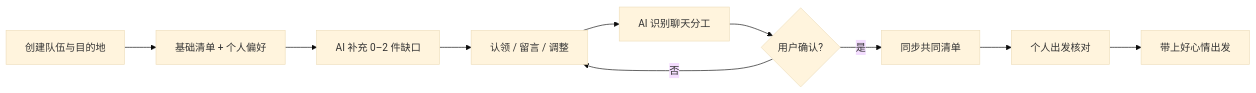
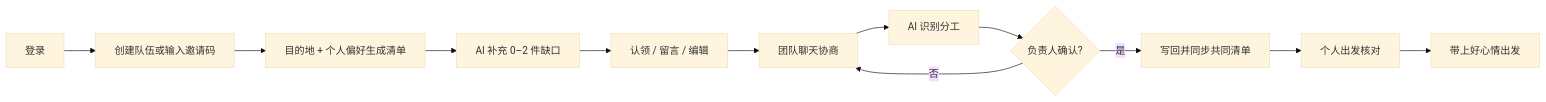
The first of 2 diagrams in README.md (candy-zy/daiqi-ai-packlist), drawn with Mermaid (base theme) before and after one commit. The commit also changed other lines of this file, not shown here.

````diff
--- a/README.md
+++ b/README.md
@@ -75,12 +103,14 @@
 ```mermaid
 flowchart LR
-  A[创建队伍与目的地] --> B[基础清单 + 个人偏好]
-  B --> C[AI 补充 0–2 件缺口]
-  C --> D[认领 / 留言 / 调整]
-  D --> E[AI 识别聊天分工]
-  E --> F{用户确认?}
-  F -- 是 --> G[同步共同清单]
-  F -- 否 --> D
-  G --> H[个人出发核对]
-  H --> I[带上好心情出发]
+  A[登录] --> B[创建队伍或输入邀请码]
+  B --> C[目的地 + 个人偏好生成清单]
+  C --> D[AI 补充 0–2 件缺口]
+  D --> E[认领 / 留言 / 编辑]
+  E --> F[团队聊天协商]
+  F --> G[AI 识别分工]
+  G --> H{负责人确认?}
+  H -- 是 --> I[写回并同步共同清单]
+  H -- 否 --> F
+  I --> J[个人出发核对]
+  J --> K[带上好心情出发]
 ```
````
